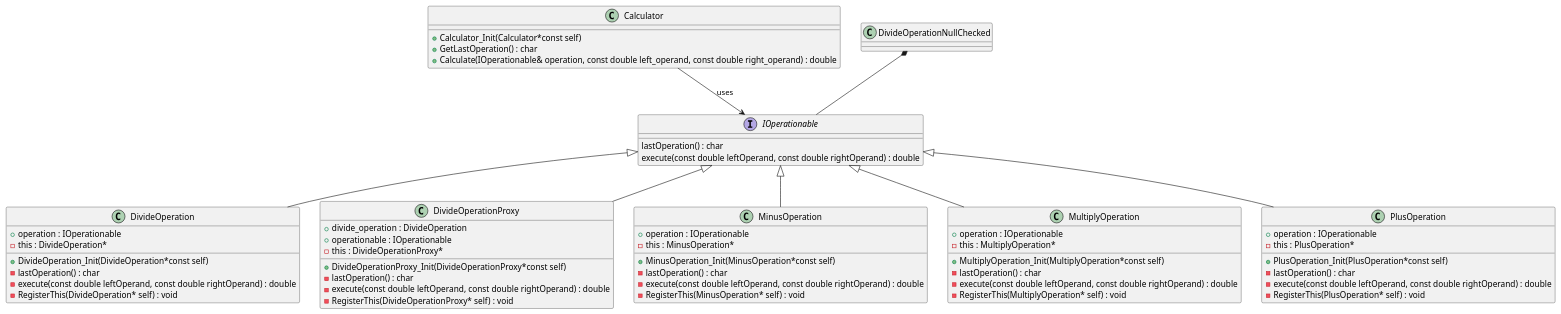
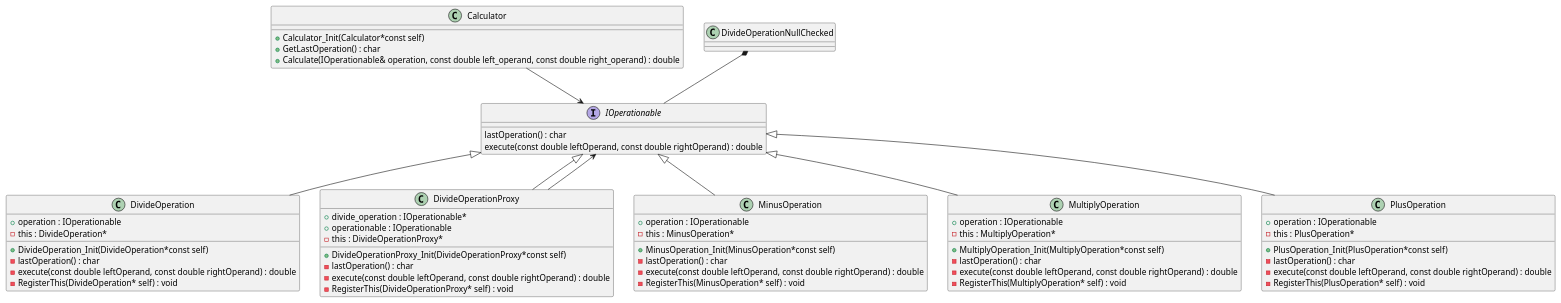
One commit to MatrixWeber/CleanCode_C changed the diagram in Exercises/MyTries/refactoring/simplify/simplify/uml2.puml. Above: the diagram before and after it, drawn with PlantUML. The commit also changed 43 other files, not shown here.

```diff
--- a/Exercises/MyTries/refactoring/simplify/simplify/uml2.puml
+++ b/Exercises/MyTries/refactoring/simplify/simplify/uml2.puml
@@ -1,107 +1,108 @@
 @startuml
 
 
 
 
 
 /' Objects '/
 
 
 /' Objects '/
 
 class Calculator {
 	+Calculator_Init(Calculator*const self)
 	+GetLastOperation() : char
 	+Calculate(IOperationable& operation, const double left_operand, const double right_operand) : double
 }
 
 
 class DivideOperation {
 	+DivideOperation_Init(DivideOperation*const self)
 	+operation : IOperationable
 	-this : DivideOperation*
 	-lastOperation() : char
 	-execute(const double leftOperand, const double rightOperand) : double
     -RegisterThis(DivideOperation* self) : void
 }
 
 
 class DivideOperationProxy {
 	+DivideOperationProxy_Init(DivideOperationProxy*const self)
-	+divide_operation : DivideOperation
+	+divide_operation : IOperationable*
     +operationable : IOperationable
 	-this : DivideOperationProxy*
 	-lastOperation() : char
 	-execute(const double leftOperand, const double rightOperand) : double
     -RegisterThis(DivideOperationProxy* self) : void
 }
 
 
 interface IOperationable {
 	lastOperation() : char
 	execute(const double leftOperand, const double rightOperand) : double
 }
 
 
 class MinusOperation {
 	+MinusOperation_Init(MinusOperation*const self)
 	+operation : IOperationable
 	-this : MinusOperation*
 	-lastOperation() : char
 	-execute(const double leftOperand, const double rightOperand) : double
     -RegisterThis(MinusOperation* self) : void
 }
 
 
 class MultiplyOperation {
 	+MultiplyOperation_Init(MultiplyOperation*const self)
 	+operation : IOperationable
 	-this : MultiplyOperation*
 	-lastOperation() : char
 	-execute(const double leftOperand, const double rightOperand) : double
     -RegisterThis(MultiplyOperation* self) : void
 }
 
 
 class PlusOperation {
 	+PlusOperation_Init(PlusOperation*const self)
 	+operation : IOperationable
 	-this : PlusOperation*
 	-lastOperation() : char
 	-execute(const double leftOperand, const double rightOperand) : double
     -RegisterThis(PlusOperation* self) : void
 }
 
 
 
-Calculator --> IOperationable : uses
+Calculator --> IOperationable
 
 /' Inheritance relationships '/
 
 IOperationable <|-- DivideOperation
 
 
 IOperationable <|-- DivideOperationProxy
+IOperationable <-- DivideOperationProxy
 
 
 IOperationable <|-- MinusOperation
 
 
 IOperationable <|-- MultiplyOperation
 
 
 IOperationable <|-- PlusOperation
 
 
 
 
 
 /' Aggregation relationships '/
 
 DivideOperationNullChecked *-- IOperationable
 
 
 
 
 
 @enduml
```
